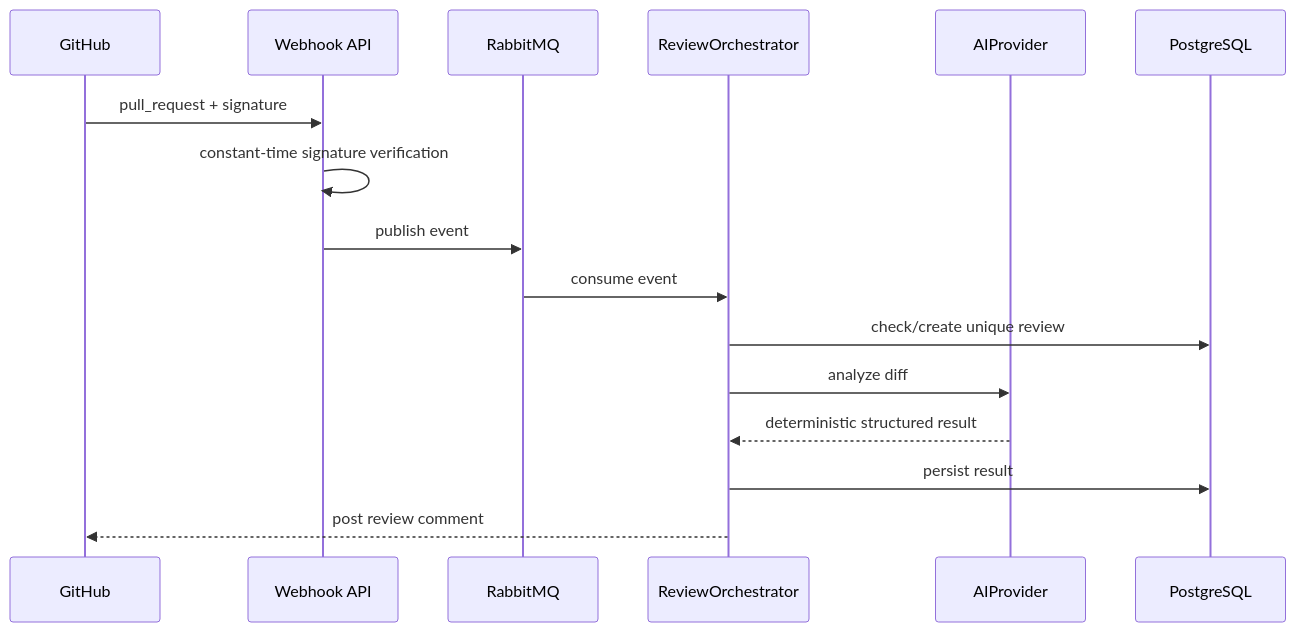
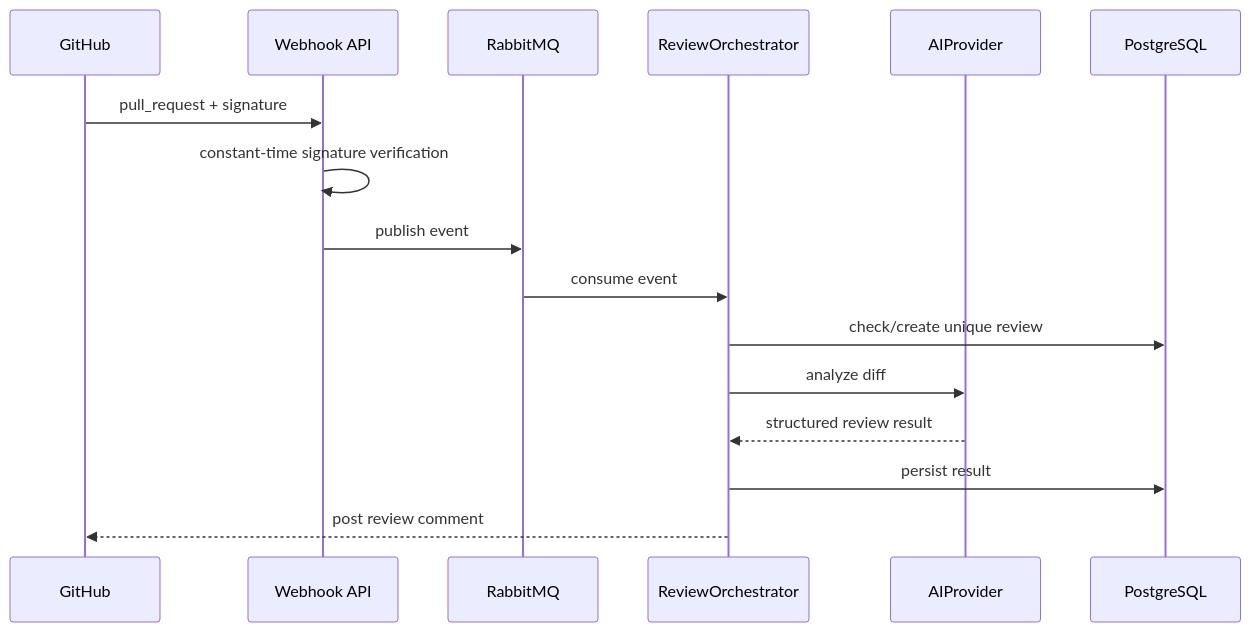
One commit to albonidrizi/code-sage changed the second of 2 diagrams in docs/architecture.md. Above: the diagram before and after it, drawn with Mermaid. The commit also changed other lines of this file and 10 other files, not shown here.

````diff
--- a/docs/architecture.md
+++ b/docs/architecture.md
@@ -18,18 +20,18 @@
 ```mermaid
 sequenceDiagram
   participant G as GitHub
   participant W as Webhook API
   participant Q as RabbitMQ
   participant R as ReviewOrchestrator
   participant A as AIProvider
   participant D as PostgreSQL
   G->>W: pull_request + signature
   W->>W: constant-time signature verification
   W->>Q: publish event
   Q->>R: consume event
   R->>D: check/create unique review
   R->>A: analyze diff
-  A-->>R: deterministic structured result
+  A-->>R: structured review result
   R->>D: persist result
   R-->>G: post review comment
 ```
````
